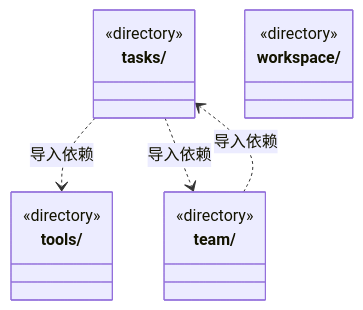
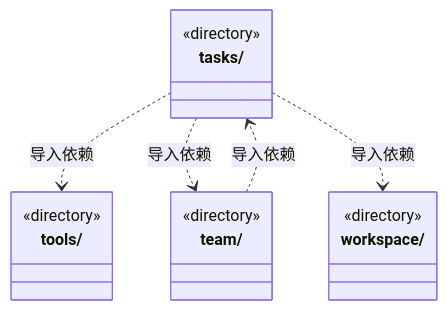
One commit to nan023062/cbim changed the second of 2 diagrams in src/backend/core/ARCHITECTURE.md. Above: the diagram before and after it, drawn with Mermaid. The commit also changed other lines of this file and 51 other files, not shown here.

````diff
--- a/src/backend/core/ARCHITECTURE.md
+++ b/src/backend/core/ARCHITECTURE.md
@@ -42,18 +42,19 @@
 ```mermaid
 classDiagram
 class N_src_backend_core_tasks["tasks/"] {
   <<directory>>
 }
 class N_src_backend_core_team["team/"] {
   <<directory>>
 }
 class N_src_backend_core_tools["tools/"] {
   <<directory>>
 }
 class N_src_backend_core_workspace["workspace/"] {
   <<directory>>
 }
 N_src_backend_core_tasks ..> N_src_backend_core_tools : 导入依赖
 N_src_backend_core_tasks ..> N_src_backend_core_team : 导入依赖
+N_src_backend_core_tasks ..> N_src_backend_core_workspace : 导入依赖
 N_src_backend_core_team ..> N_src_backend_core_tasks : 导入依赖
 ```
````
